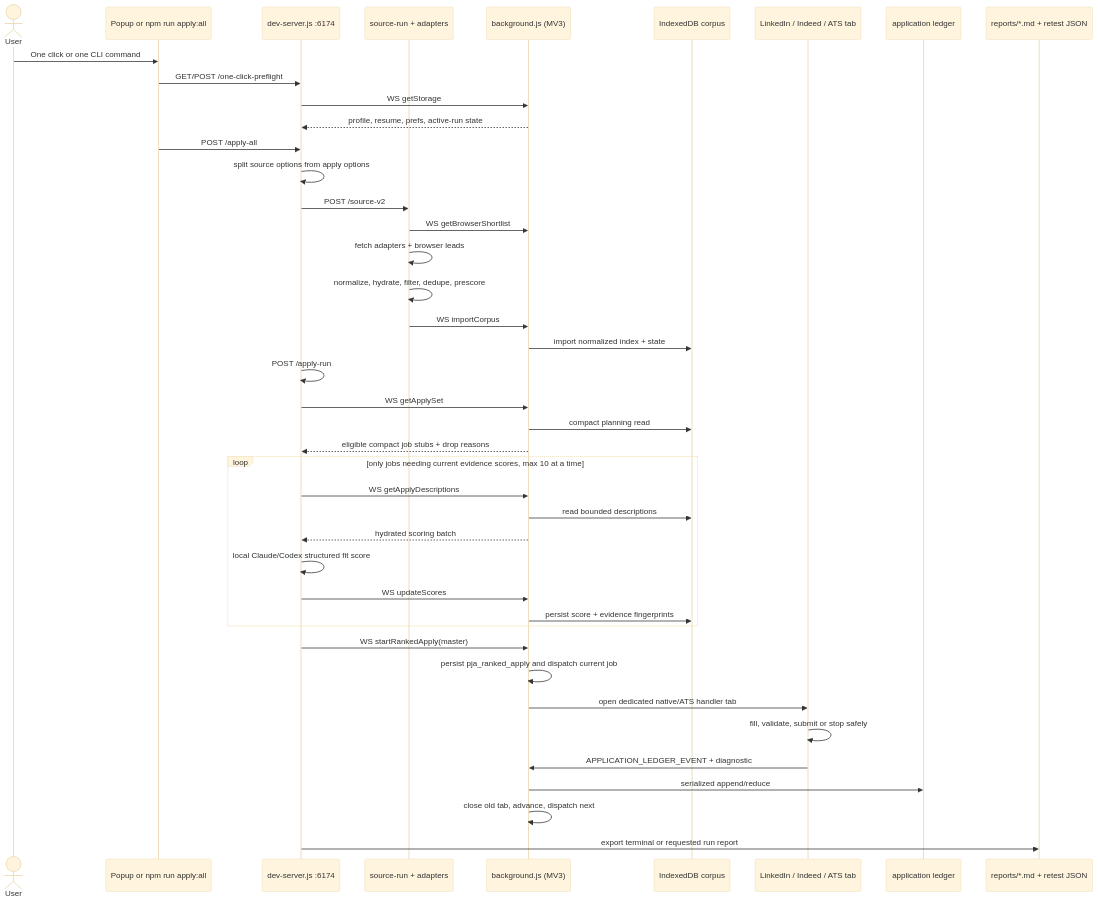
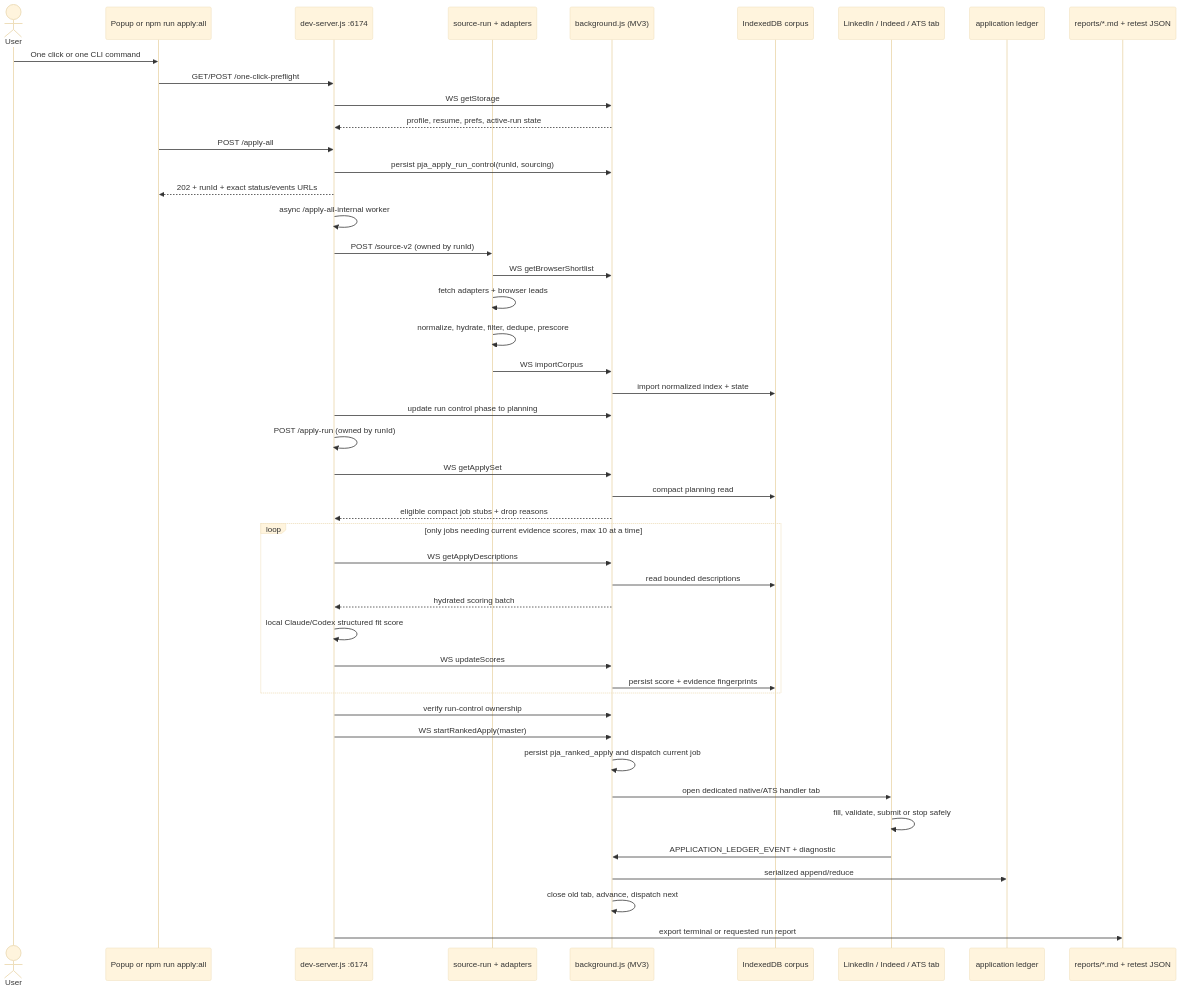
The first of 3 diagrams in ARCHITECTURE.md (Dhrumit8596/job_hunting), drawn with Mermaid (base theme) before and after one commit. The commit also changed other lines of this file and 13 other files, not shown here.

Commit message:
Make apply admission durable and ownership safe

````diff
--- a/ARCHITECTURE.md
+++ b/ARCHITECTURE.md
@@ -23,45 +23,49 @@
 ```mermaid
 sequenceDiagram
     actor User
     participant Entry as Popup or npm run apply:all
     participant Server as dev-server.js :6174
     participant Source as source-run + adapters
     participant SW as background.js (MV3)
     participant DB as IndexedDB corpus
     participant Tab as LinkedIn / Indeed / ATS tab
     participant Ledger as application ledger
     participant Report as reports/*.md + retest JSON
 
     User->>Entry: One click or one CLI command
     Entry->>Server: GET/POST /one-click-preflight
     Server->>SW: WS getStorage
     SW-->>Server: profile, resume, prefs, active-run state
     Entry->>Server: POST /apply-all
-    Server->>Server: split source options from apply options
-    Server->>Source: POST /source-v2
+    Server->>SW: persist pja_apply_run_control(runId, sourcing)
+    Server-->>Entry: 202 + runId + exact status/events URLs
+    Server->>Server: async /apply-all-internal worker
+    Server->>Source: POST /source-v2 (owned by runId)
     Source->>SW: WS getBrowserShortlist
     Source->>Source: fetch adapters + browser leads
     Source->>Source: normalize, hydrate, filter, dedupe, prescore
     Source->>SW: WS importCorpus
     SW->>DB: import normalized index + state
-    Server->>Server: POST /apply-run
+    Server->>SW: update run control phase to planning
+    Server->>Server: POST /apply-run (owned by runId)
     Server->>SW: WS getApplySet
     SW->>DB: compact planning read
     SW-->>Server: eligible compact job stubs + drop reasons
     loop only jobs needing current evidence scores, max 10 at a time
         Server->>SW: WS getApplyDescriptions
         SW->>DB: read bounded descriptions
         SW-->>Server: hydrated scoring batch
         Server->>Server: local Claude/Codex structured fit score
         Server->>SW: WS updateScores
         SW->>DB: persist score + evidence fingerprints
     end
+    Server->>SW: verify run-control ownership
     Server->>SW: WS startRankedApply(master)
     SW->>SW: persist pja_ranked_apply and dispatch current job
     SW->>Tab: open dedicated native/ATS handler tab
     Tab->>Tab: fill, validate, submit or stop safely
     Tab->>SW: APPLICATION_LEDGER_EVENT + diagnostic
     SW->>Ledger: serialized append/reduce
     SW->>SW: close old tab, advance, dispatch next
     Server->>Report: export terminal or requested run report
 ```
````
